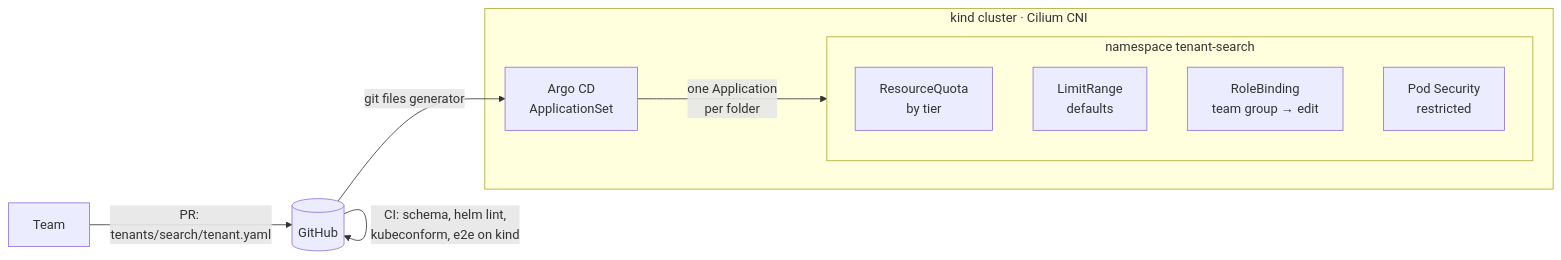
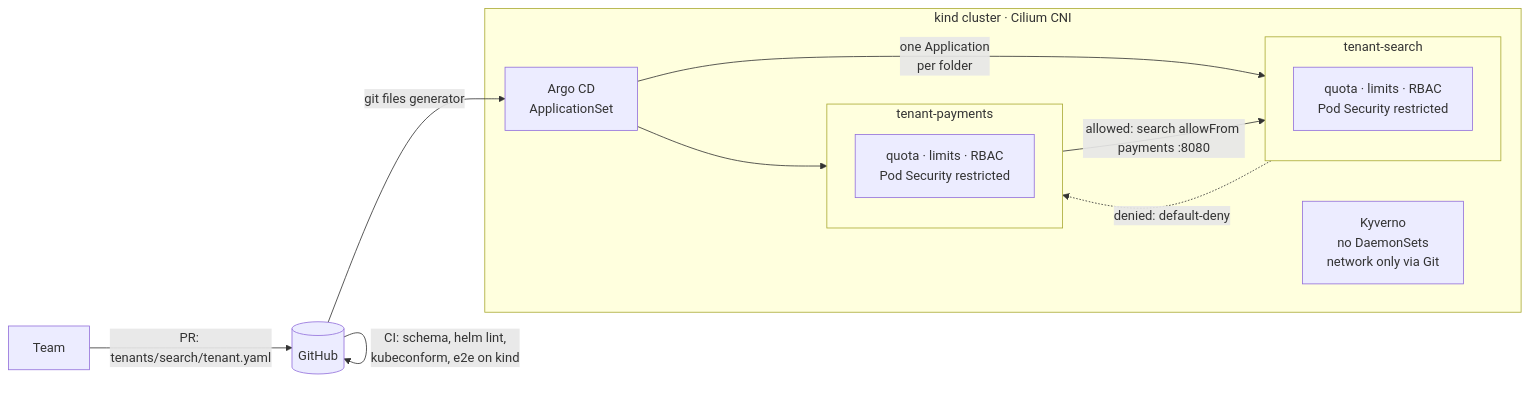
One commit to juliafgrimaldi/golden-path-platform changed the diagram in README.md. Above: the diagram before and after it, drawn with Mermaid. The commit also changed other lines of this file and 17 other files, not shown here.

````diff
--- a/README.md
+++ b/README.md
@@ -23,15 +23,19 @@
 ```mermaid
 flowchart LR
     dev[Team] -- "PR: tenants/search/tenant.yaml" --> gh[(GitHub)]
     gh -- "CI: schema, helm lint,<br/>kubeconform, e2e on kind" --> gh
+    gh -- "git files generator" --> argo
     subgraph cluster[kind cluster · Cilium CNI]
-        argo[Argo CD<br/>ApplicationSet] -- "one Application<br/>per folder" --> ns
-        subgraph ns[namespace tenant-search]
-            q[ResourceQuota<br/>by tier]
-            lr[LimitRange<br/>defaults]
-            rb[RoleBinding<br/>team group → edit]
-            psa[Pod Security<br/>restricted]
+        argo[Argo CD<br/>ApplicationSet] -- "one Application<br/>per folder" --> search
+        argo --> payments
+        kyv[Kyverno<br/>no DaemonSets<br/>network only via Git]
+        subgraph search[tenant-search]
+            s1[quota · limits · RBAC<br/>Pod Security restricted]
         end
+        subgraph payments[tenant-payments]
+            p1[quota · limits · RBAC<br/>Pod Security restricted]
+        end
+        payments -- "allowed: search allowFrom payments :8080" --> search
+        search -. "denied: default-deny" .-> payments
     end
-    gh -- "git files generator" --> argo
 ```
````
